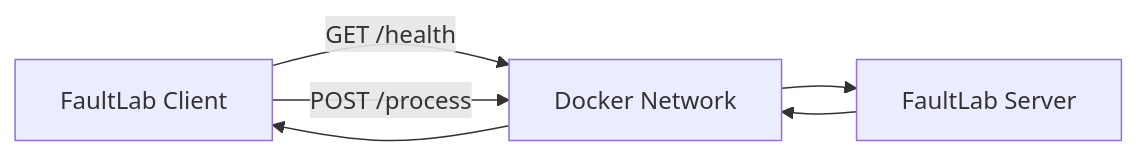
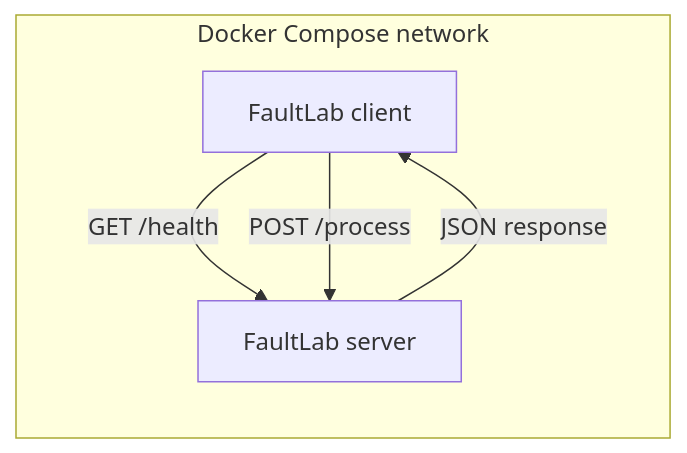
The second of 2 diagrams in README.md (DuBaem/FaultLab), drawn with Mermaid before and after one commit. The commit also changed other lines of this file and 26 other files, not shown here.

Commit message:
Rewrite FaultLab guides around running and explaining an experiment

````diff
--- a/README.md
+++ b/README.md
@@ -500,8 +35,8 @@
 ```mermaid
 flowchart LR
-    C[FaultLab Client] -->|GET /health| N[Docker Network]
-    C -->|POST /process| N
-    N --> S[FaultLab Server]
-    S --> N
-    N --> C
+    subgraph D[Docker Compose network]
+        C[FaultLab client] -->|GET /health| S[FaultLab server]
+        C -->|POST /process| S
+        S -->|JSON response| C
+    end
 ```
````
